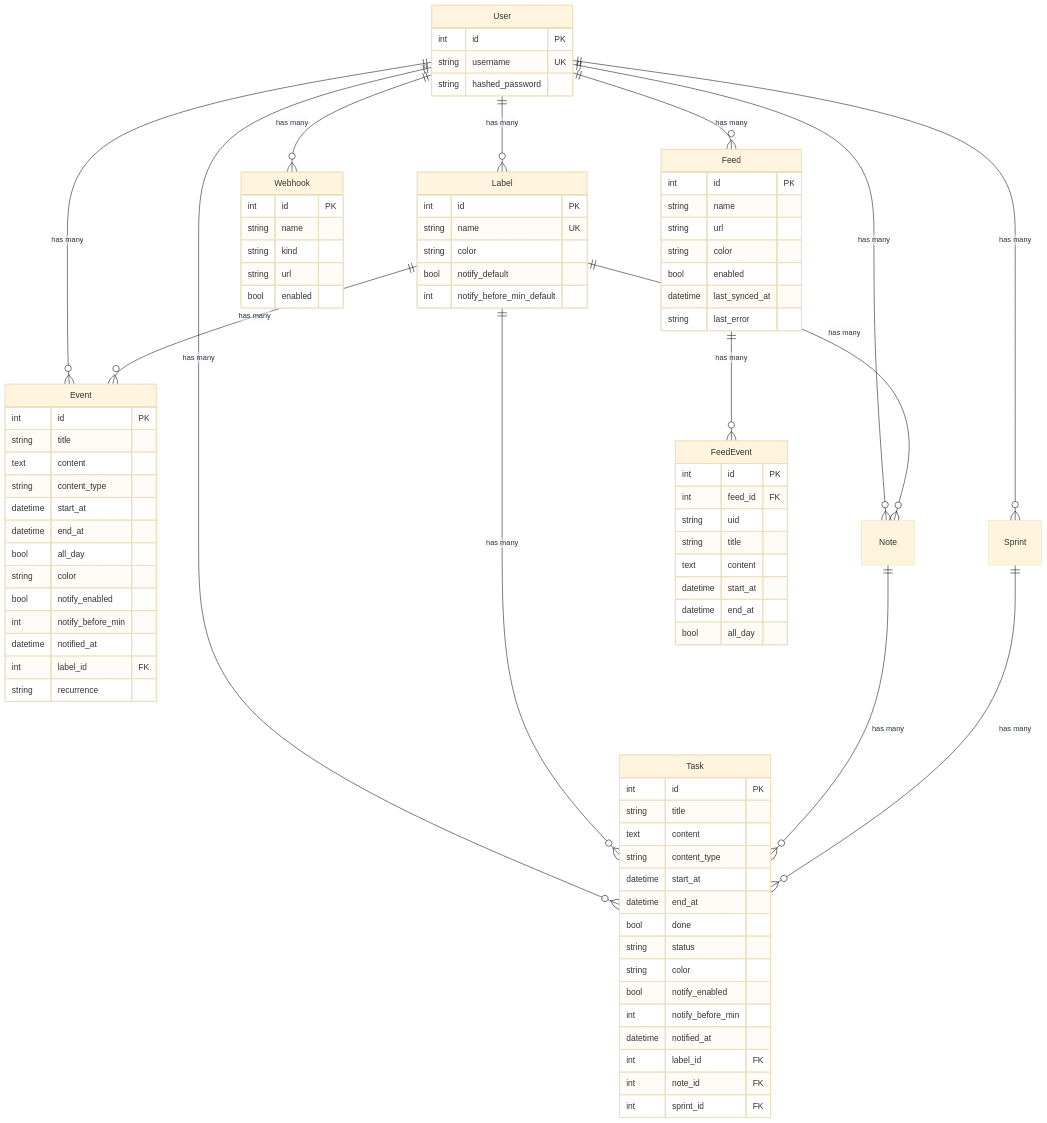
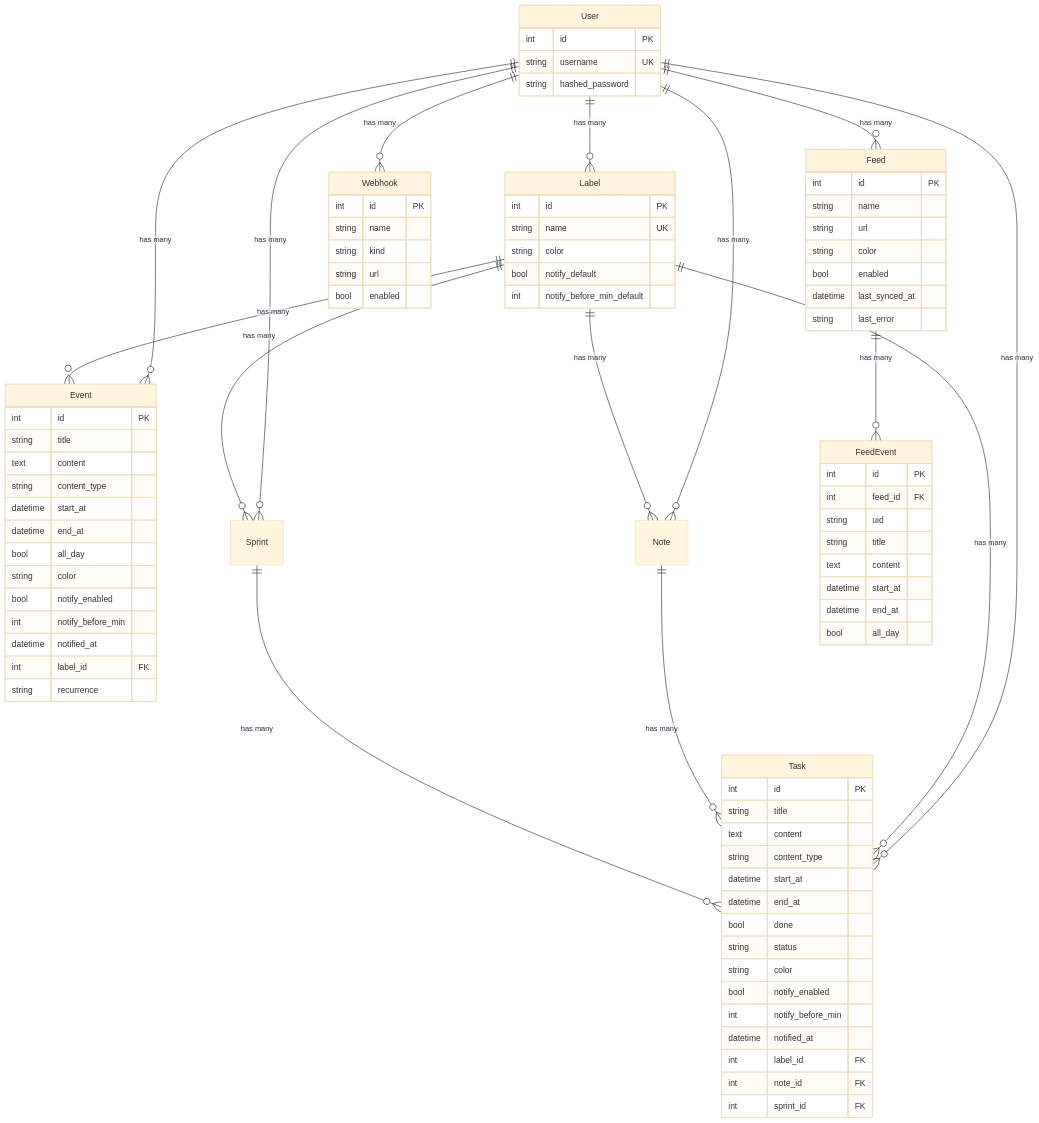
One commit to CHITALab/harosystem changed the diagram in README.md. Above: the diagram before and after it, drawn with Mermaid (base theme). The commit also changed other lines of this file and 24 other files, not shown here.

```diff
--- a/README.md
+++ b/README.md
@@ -160,6 +162,7 @@
     Label ||--o{ Event : "has many"
     Label ||--o{ Task : "has many"
     Label ||--o{ Note : "has many"
+    Label ||--o{ Sprint : "has many"
     Note ||--o{ Task : "has many"
     Sprint ||--o{ Task : "has many"
     Feed ||--o{ FeedEvent : "has many"
```
